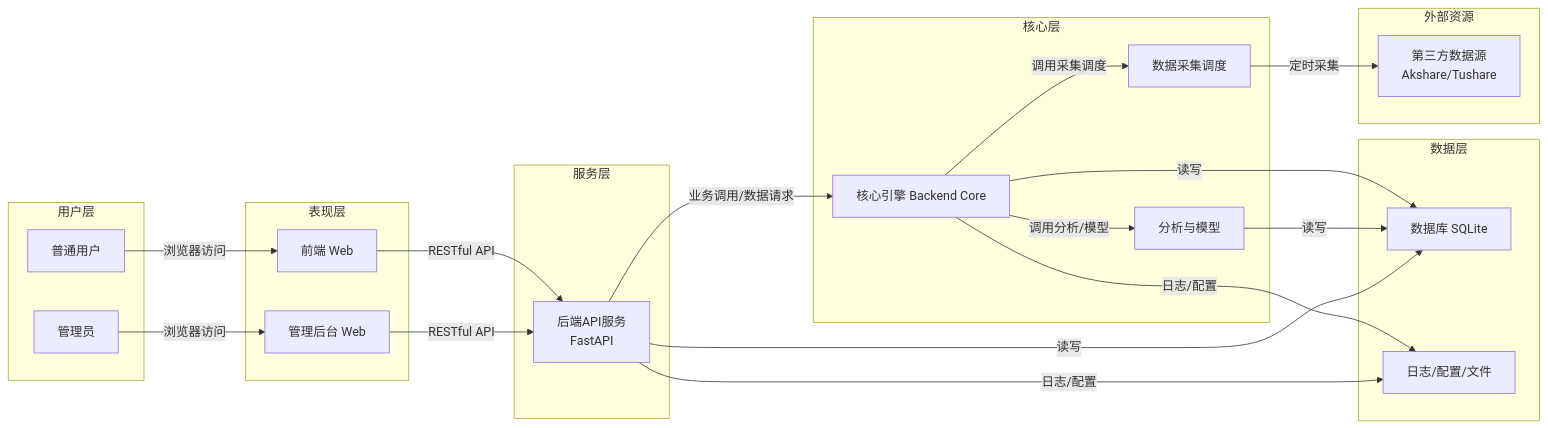
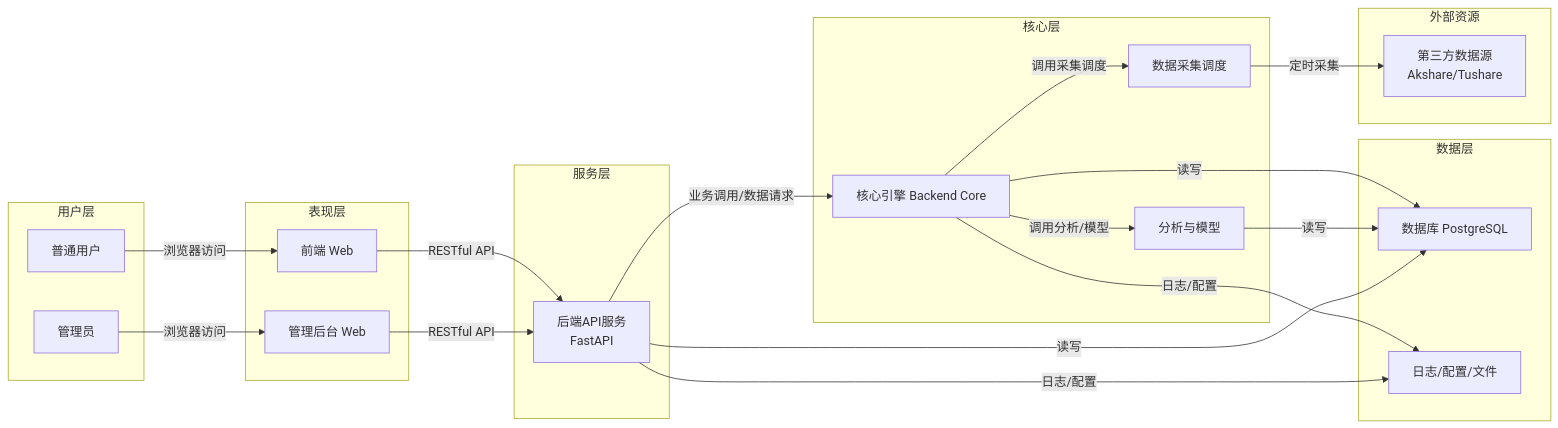
Before and after one commit to wangj9601/stock_quote_analayze: the third of 3 diagrams in docs/image.md, drawn with Mermaid. The commit also changed other lines of this file and 14 other files, not shown here.

````diff
--- a/docs/image.md
+++ b/docs/image.md
@@ -81,47 +81,47 @@
 ```mermaid
 
 graph LR
   subgraph 用户层
     A1[普通用户]
     A2[管理员]
   end
 
   subgraph 表现层
     B1[前端 Web]
     B2[管理后台 Web]
   end
 
   subgraph 服务层
     C1[后端API服务<br/>FastAPI]
   end
 
   subgraph 核心层
     D1[核心引擎 Backend Core]
     D2[分析与模型]
     D3[数据采集调度]
   end
 
   subgraph 数据层
-    E1[数据库 SQLite]
+    E1[数据库 PostgreSQL]
     E2[日志/配置/文件]
   end
 
   subgraph 外部资源
     F1[第三方数据源<br/>Akshare/Tushare]
   end
 
   A1 -- 浏览器访问 --> B1
   A2 -- 浏览器访问 --> B2
   B1 -- RESTful API --> C1
   B2 -- RESTful API --> C1
   C1 -- 业务调用/数据请求 --> D1
   D1 -- 调用分析/模型 --> D2
   D1 -- 调用采集调度 --> D3
   D3 -- 定时采集 --> F1
   D1 -- 读写 --> E1
   D2 -- 读写 --> E1
   C1 -- 读写 --> E1
   D1 -- 日志/配置 --> E2
   C1 -- 日志/配置 --> E2
   
 ```
````
